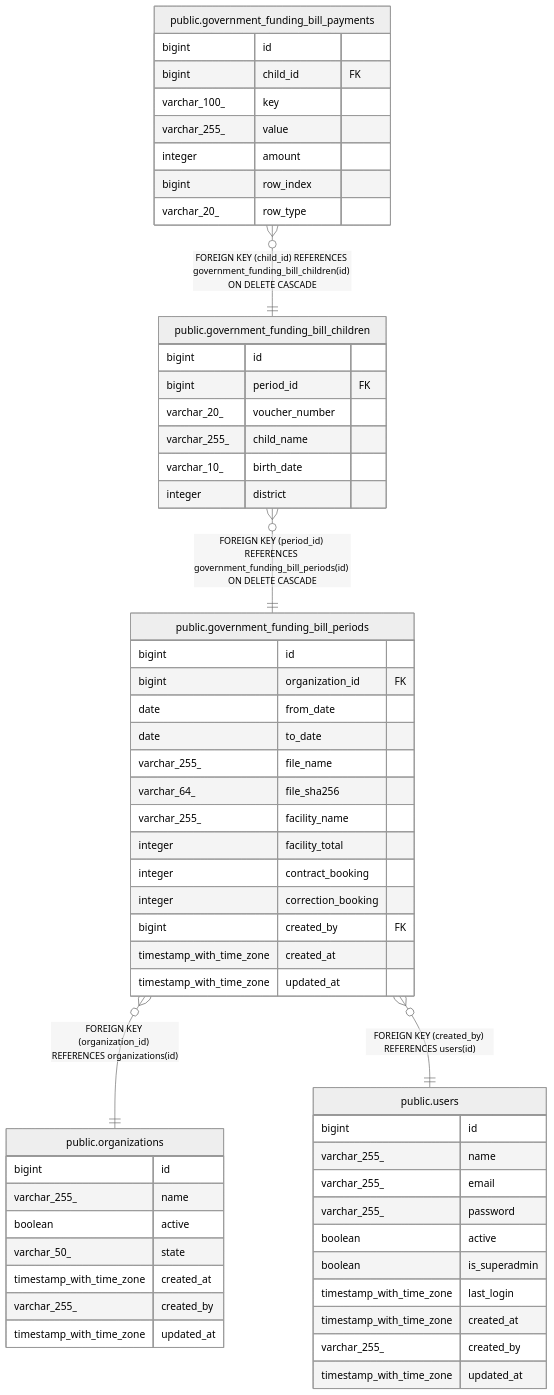
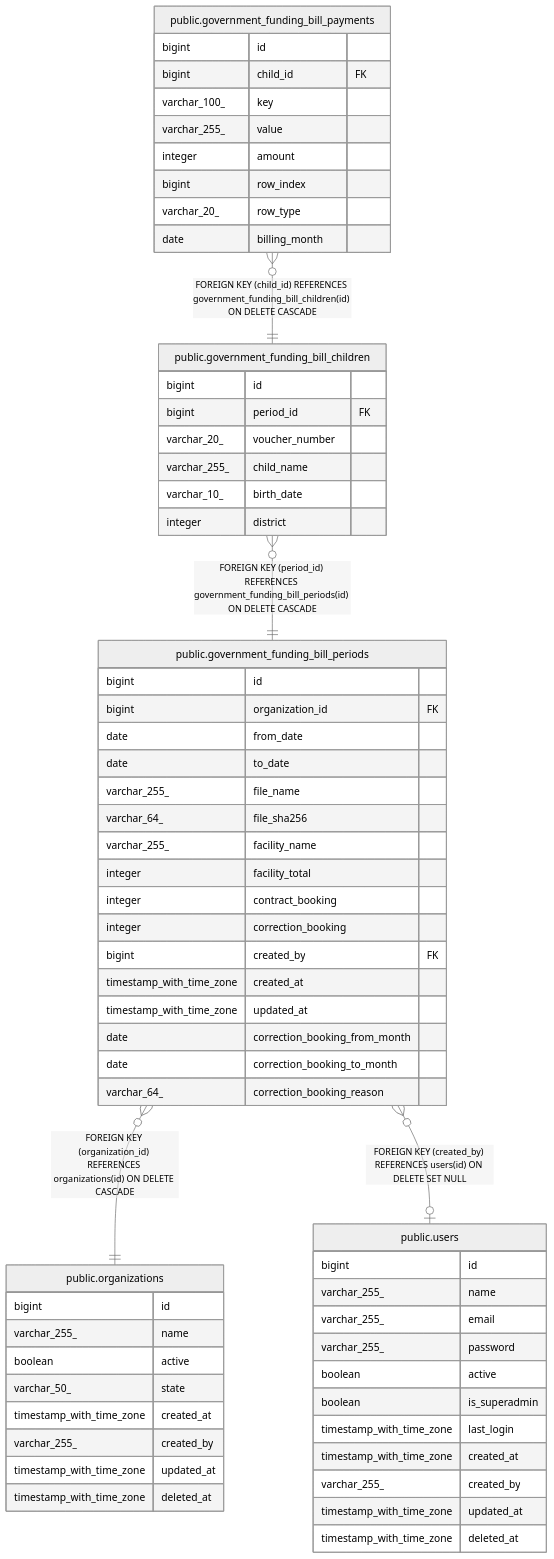
Before and after one commit to eenemeene/kitamanager-go: the diagram in docs/schema/public.government_funding_bill_children.md, drawn with Mermaid (neutral theme). The commit also changed other lines of this file and 29 other files, not shown here.

First line of the commit message:
docs(schema): regenerate; the diagram was five tables stale

````diff
--- a/docs/schema/public.government_funding_bill_children.md
+++ b/docs/schema/public.government_funding_bill_children.md
@@ -38,62 +36,68 @@
 ```mermaid
 erDiagram
 
 "public.government_funding_bill_payments" }o--|| "public.government_funding_bill_children" : "FOREIGN KEY (child_id) REFERENCES government_funding_bill_children(id) ON DELETE CASCADE"
 "public.government_funding_bill_children" }o--|| "public.government_funding_bill_periods" : "FOREIGN KEY (period_id) REFERENCES government_funding_bill_periods(id) ON DELETE CASCADE"
-"public.government_funding_bill_periods" }o--|| "public.organizations" : "FOREIGN KEY (organization_id) REFERENCES organizations(id)"
-"public.government_funding_bill_periods" }o--|| "public.users" : "FOREIGN KEY (created_by) REFERENCES users(id)"
+"public.government_funding_bill_periods" }o--|| "public.organizations" : "FOREIGN KEY (organization_id) REFERENCES organizations(id) ON DELETE CASCADE"
+"public.government_funding_bill_periods" }o--o| "public.users" : "FOREIGN KEY (created_by) REFERENCES users(id) ON DELETE SET NULL"
 
 "public.government_funding_bill_children" {
   bigint id
   bigint period_id FK
   varchar_20_ voucher_number
   varchar_255_ child_name
   varchar_10_ birth_date
   integer district
 }
 "public.government_funding_bill_payments" {
   bigint id
   bigint child_id FK
   varchar_100_ key
   varchar_255_ value
   integer amount
   bigint row_index
   varchar_20_ row_type
+  date billing_month
 }
 "public.government_funding_bill_periods" {
   bigint id
   bigint organization_id FK
   date from_date
   date to_date
   varchar_255_ file_name
   varchar_64_ file_sha256
   varchar_255_ facility_name
   integer facility_total
   integer contract_booking
   integer correction_booking
   bigint created_by FK
   timestamp_with_time_zone created_at
   timestamp_with_time_zone updated_at
+  date correction_booking_from_month
+  date correction_booking_to_month
+  varchar_64_ correction_booking_reason
 }
 "public.organizations" {
   bigint id
   varchar_255_ name
   boolean active
   varchar_50_ state
   timestamp_with_time_zone created_at
   varchar_255_ created_by
   timestamp_with_time_zone updated_at
+  timestamp_with_time_zone deleted_at
 }
 "public.users" {
   bigint id
   varchar_255_ name
   varchar_255_ email
   varchar_255_ password
   boolean active
   boolean is_superadmin
   timestamp_with_time_zone last_login
   timestamp_with_time_zone created_at
   varchar_255_ created_by
   timestamp_with_time_zone updated_at
+  timestamp_with_time_zone deleted_at
 }
 ```
````
